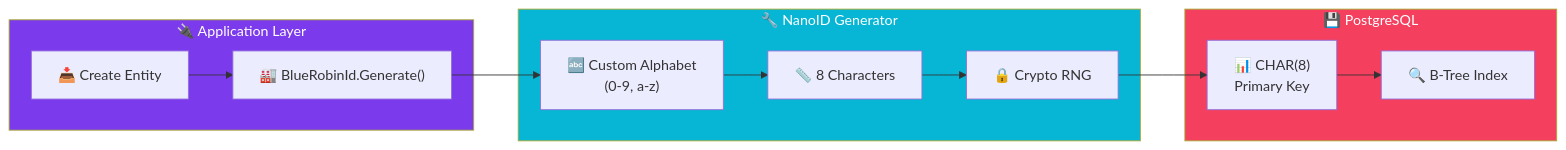
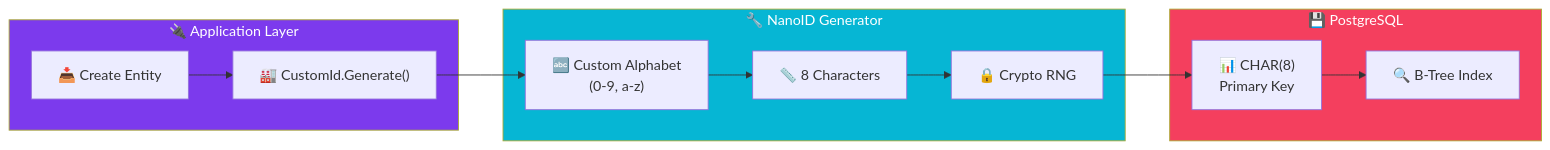
The first of 2 diagrams in src/content/blog/better-ids-switching-uuid-to-nanoid.mdx (viktorrobin/bluerobin-blog), drawn with Mermaid before and after one commit. The commit also changed other lines of this file and 111 other files, not shown here.

````diff
--- a/src/content/blog/better-ids-switching-uuid-to-nanoid.mdx
+++ b/src/content/blog/better-ids-switching-uuid-to-nanoid.mdx
@@ -45,34 +45,34 @@
 ```mermaid
 flowchart LR
     subgraph Application["🔌 Application Layer"]
         Request["📥 Create Entity"]
-        Factory["🏭 BlueRobinId.Generate()"]
+        Factory["🏭 CustomId.Generate()"]
     end
 
     subgraph Generator["🔧 NanoID Generator"]
         Alphabet["🔤 Custom Alphabet\n(0-9, a-z)"]
         Length["📏 8 Characters"]
         Crypto["🔒 Crypto RNG"]
     end
 
     subgraph Storage["💾 PostgreSQL"]
         Column["📊 CHAR(8)\nPrimary Key"]
         Index["🔍 B-Tree Index"]
     end
 
     Request --> Factory
     Factory --> Alphabet
     Alphabet --> Length
     Length --> Crypto
     Crypto --> Column
     Column --> Index
 
     classDef primary fill:#7c3aed,color:#fff
     classDef secondary fill:#06b6d4,color:#fff
     classDef db fill:#f43f5e,color:#fff
     classDef warning fill:#fbbf24,color:#000
 
     class Application primary
     class Generator secondary
     class Storage db
 ```
````
